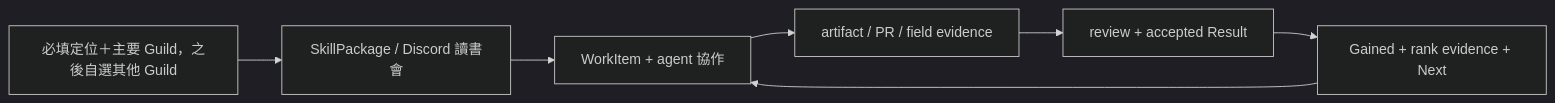
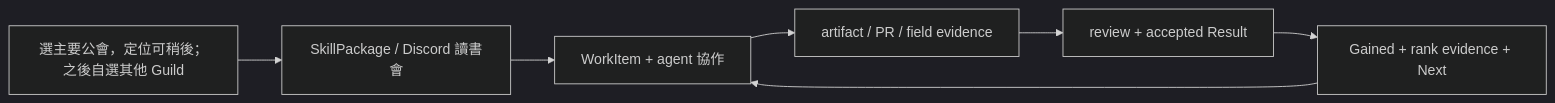
The first of 3 diagrams in docs/platform-plan/01-product-community-model.md (FreeTWAI-AI/freedom-platform), drawn with Mermaid (dark theme) before and after one commit. The commit also changed other lines of this file and 19 other files, not shown here.

````diff
--- a/docs/platform-plan/01-product-community-model.md
+++ b/docs/platform-plan/01-product-community-model.md
@@ -350,9 +350,9 @@
 ```mermaid
 flowchart LR
-  A[必填定位＋主要 Guild，之後自選其他 Guild] --> B[SkillPackage / Discord 讀書會]
+  A[選主要公會，定位可稍後；之後自選其他 Guild] --> B[SkillPackage / Discord 讀書會]
   B --> C[WorkItem + agent 協作]
   C --> D[artifact / PR / field evidence]
   D --> E[review + accepted Result]
   E --> F[Gained + rank evidence + Next]
   F --> C
 ```
````
